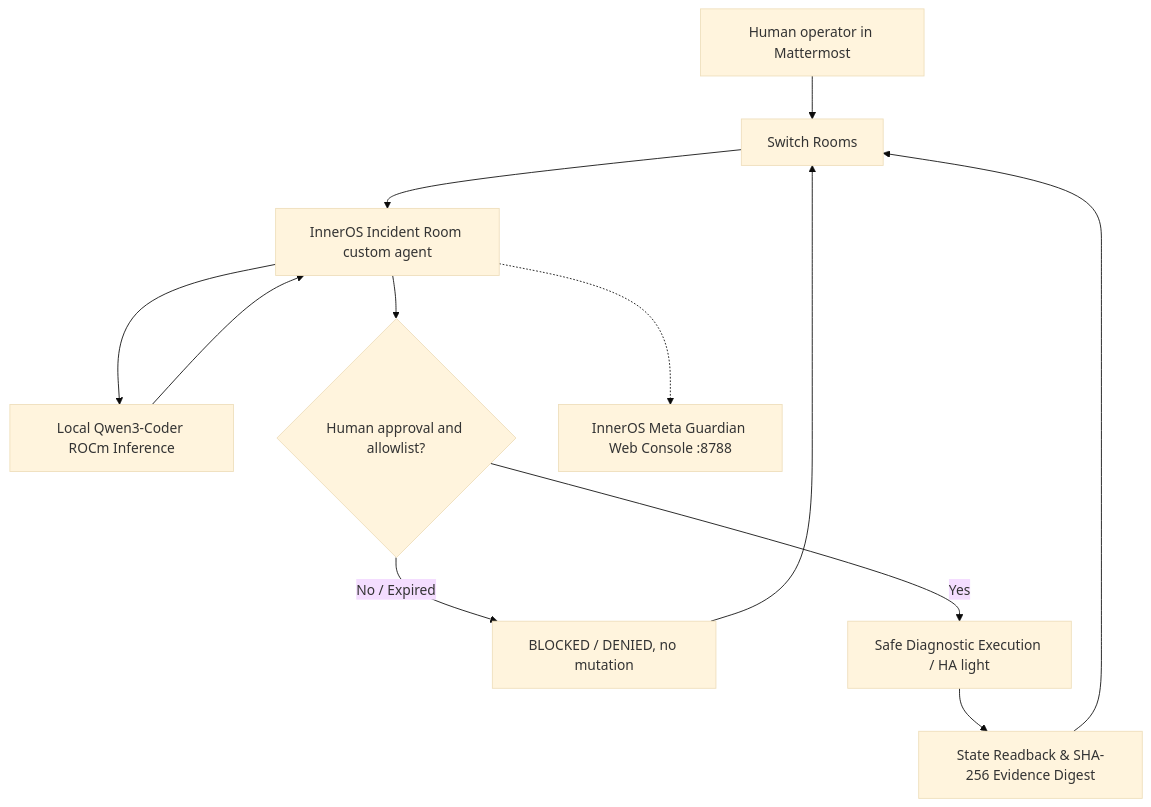
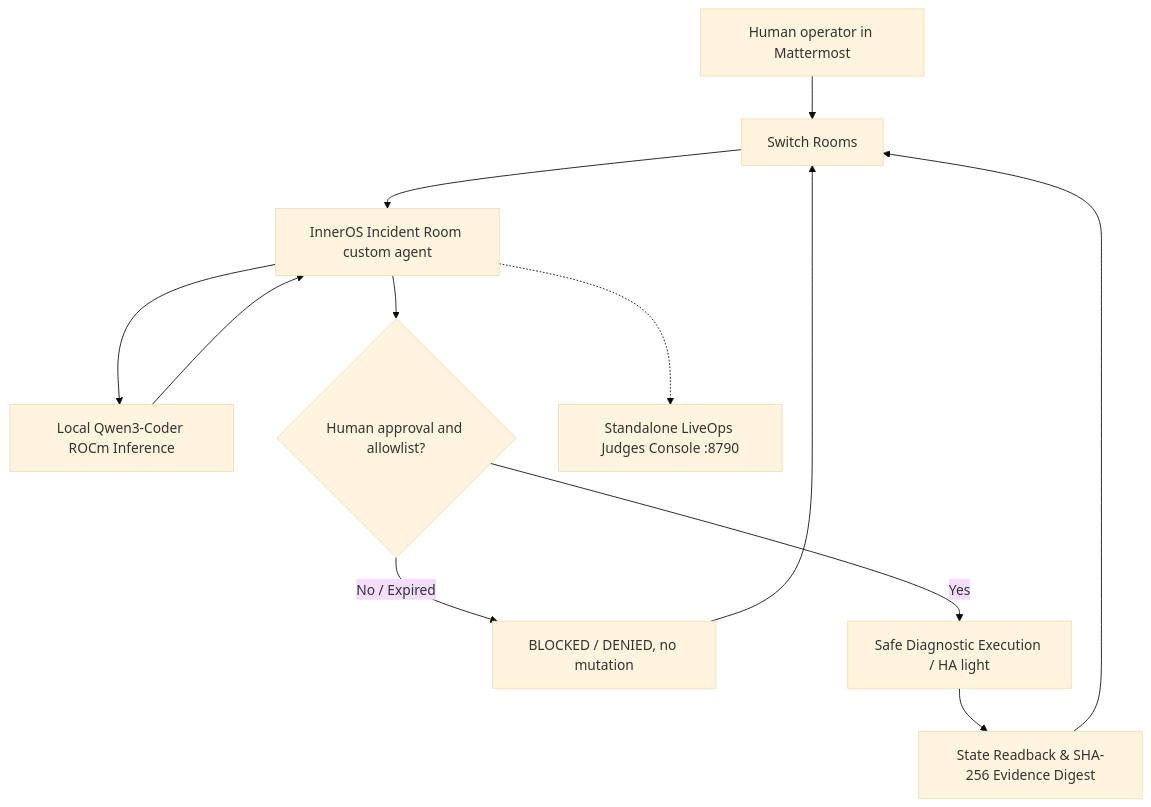
Before and after one commit to Rafa-Innerchispa/inneros-flip-the-switch-2026: the diagram in README.md, drawn with Mermaid (base theme). The commit also changed other lines of this file, not shown here.

Commit message:
fix(submission): remove cross-project references and avoid unverified public claims

````diff
--- a/README.md
+++ b/README.md
@@ -13,14 +13,14 @@
 ```mermaid
 flowchart TD
   Human[Human operator in Mattermost] --> Switch[Switch Rooms]
   Switch --> Bridge[InnerOS Incident Room custom agent]
   Bridge --> AI[Local Qwen3-Coder ROCm Inference]
   AI --> Bridge
   Bridge --> Gate{Human approval and allowlist?}
   Gate -->|No / Expired| Deny[BLOCKED / DENIED, no mutation]
   Gate -->|Yes| Act[Safe Diagnostic Execution / HA light]
   Act --> Verify[State Readback & SHA-256 Evidence Digest]
   Deny --> Switch
   Verify --> Switch
-  Bridge -.-> Console[InnerOS Meta Guardian Web Console :8788]
+  Bridge -.-> Console[Standalone LiveOps Judges Console :8790]
 ```
````
